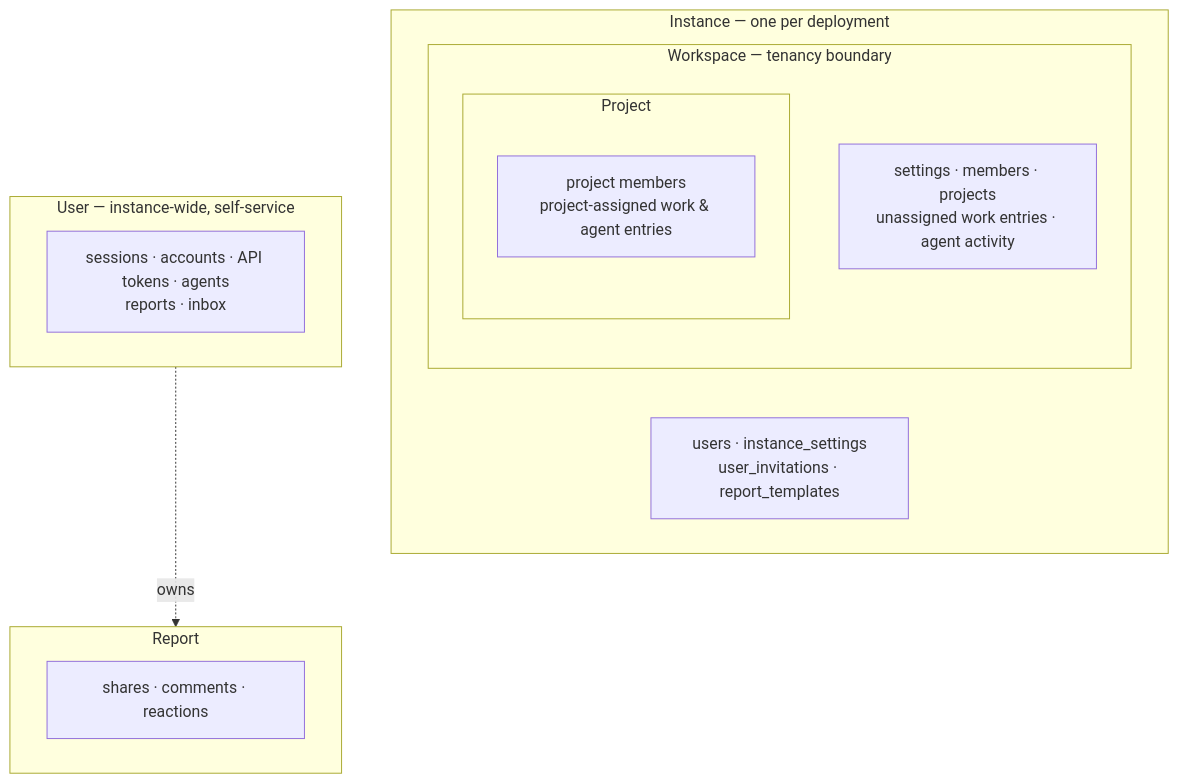
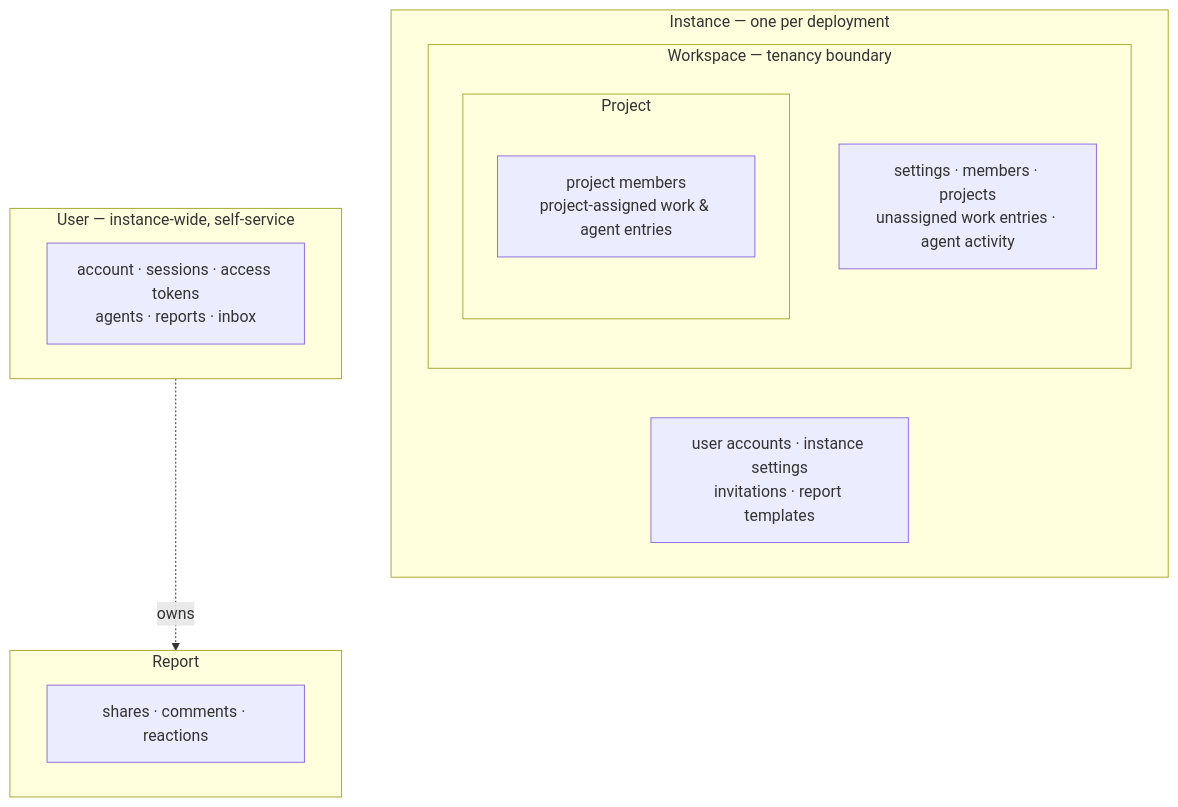
One commit to spantail/spantail changed the first of 9 diagrams in docs/data-model.md. Above: the diagram before and after it, drawn with Mermaid. The commit also changed other lines of this file, not shown here.

First line of the commit message:
docs: fix agent_events scope and diagram label consistency per review

````diff
--- a/docs/data-model.md
+++ b/docs/data-model.md
@@ -26,22 +27,22 @@
 ```mermaid
 flowchart TB
     subgraph INSTANCE["Instance — one per deployment"]
-        instNote["users · instance_settings<br/>user_invitations · report_templates"]
+        instNote["user accounts · instance settings<br/>invitations · report templates"]
         subgraph WORKSPACE["Workspace — tenancy boundary"]
             wsNote["settings · members · projects<br/>unassigned work entries · agent activity"]
             subgraph PROJECT["Project"]
                 projNote["project members<br/>project-assigned work & agent entries"]
             end
         end
     end
 
     subgraph USER["User — instance-wide, self-service"]
-        userNote["sessions · accounts · API tokens · agents<br/>reports · inbox"]
+        userNote["account · sessions · access tokens<br/>agents · reports · inbox"]
     end
 
     subgraph REPORT["Report"]
         repNote["shares · comments · reactions"]
     end
 
     USER -. "owns" .-> REPORT
 ```
````
